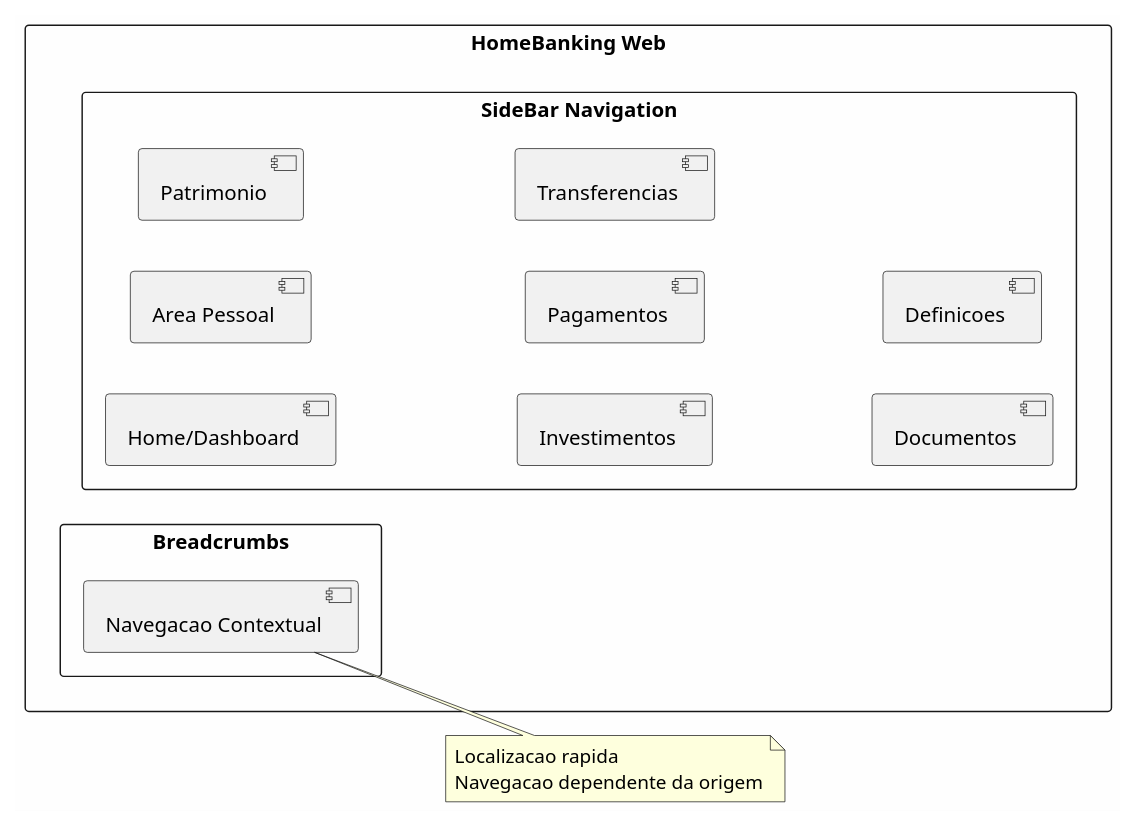
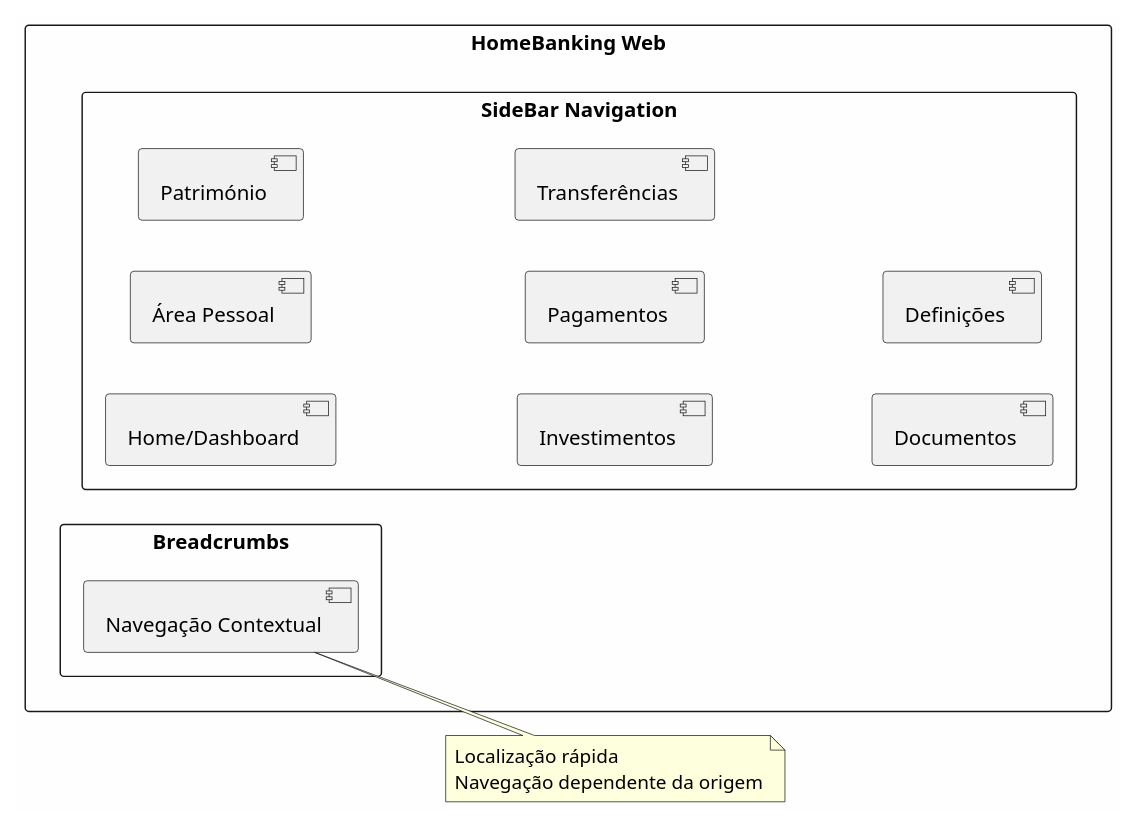
The first of 4 diagrams in current/sections/SEC-04-experiencia-utilizador-frontend.md (beduardo/novobanco_website_doc), drawn with PlantUML before and after one commit. The commit also changed other lines of this file and 182 other files, not shown here.

````diff
--- a/current/sections/SEC-04-experiencia-utilizador-frontend.md
+++ b/current/sections/SEC-04-experiencia-utilizador-frontend.md
@@ -39,30 +39,30 @@
 ```plantuml
 @startuml
 skinparam backgroundColor #FEFEFE
 
 left to right direction
 
 rectangle "HomeBanking Web" {
     rectangle "SideBar Navigation" {
         [Home/Dashboard]
-        [Area Pessoal]
-        [Patrimonio]
+        [Área Pessoal]
+        [Património]
         [Investimentos]
         [Pagamentos]
-        [Transferencias]
+        [Transferências]
         [Documentos]
-        [Definicoes]
+        [Definições]
     }
 
     rectangle "Breadcrumbs" {
-        [Navegacao Contextual]
+        [Navegação Contextual]
     }
 }
 
-note right of [Navegacao Contextual]
-  Localizacao rapida
-  Navegacao dependente da origem
+note right of [Navegação Contextual]
+  Localização rápida
+  Navegação dependente da origem
 end note
 
 @enduml
 ```
````
